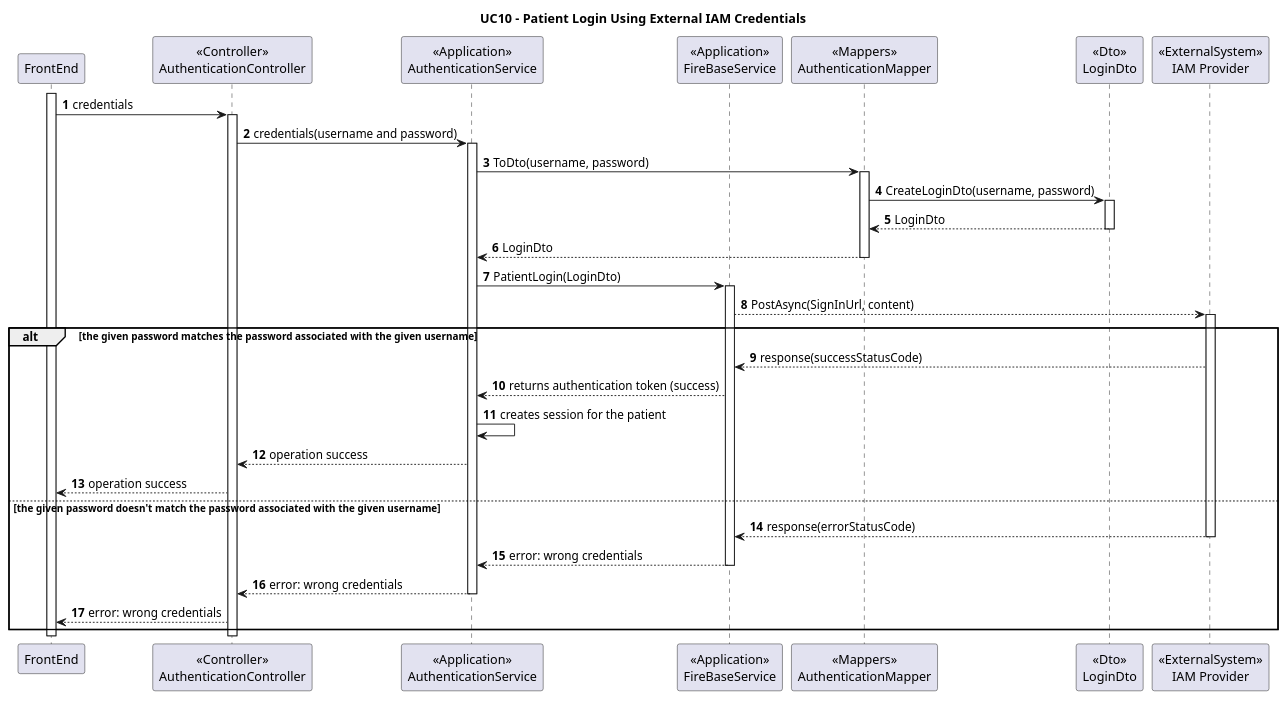
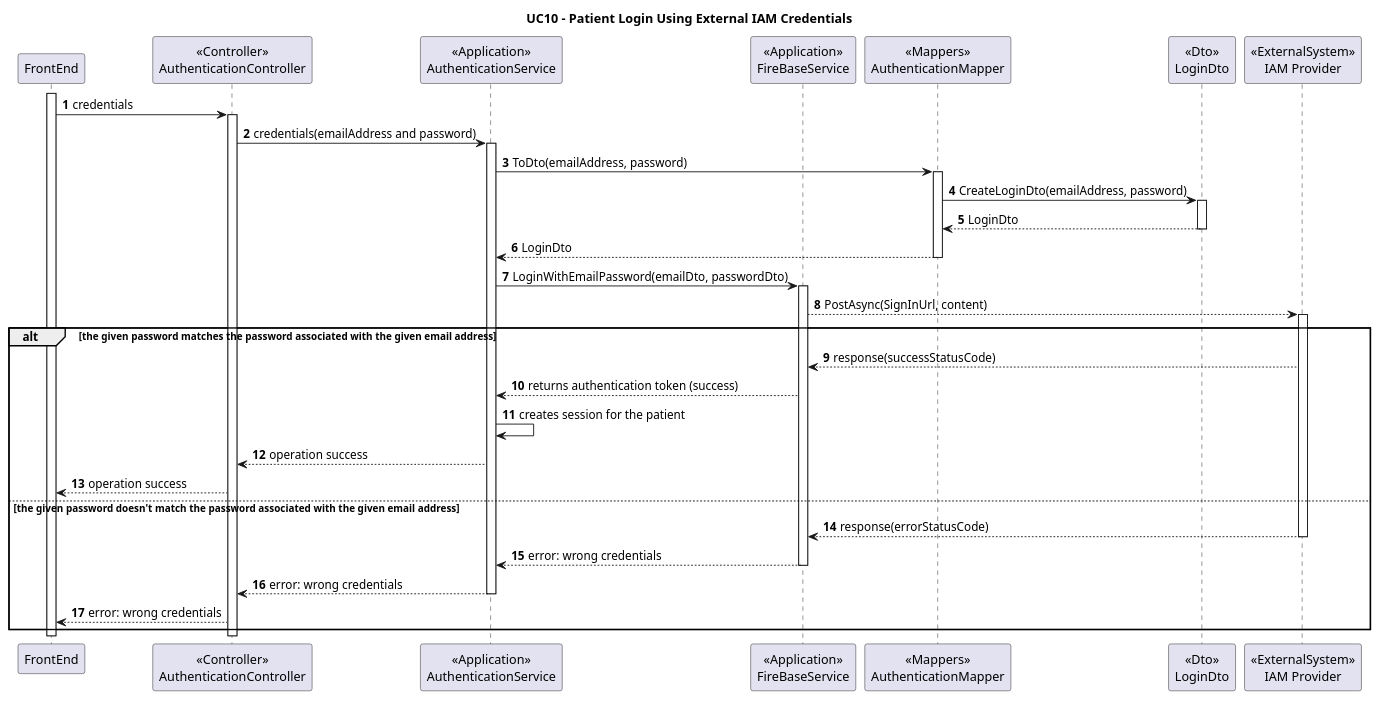
The diagram in Wiki/SprintA/diagrams/use-cases/10-log-in-to-the-system-using-the-IAM-credentials/level3/backend-process-view.puml (MiguelCardoso77/SurgicalSync-BackEnd), drawn with PlantUML before and after one commit. The commit also changed 9 other files, not shown here.

```diff
--- a/Wiki/SprintA/diagrams/use-cases/10-log-in-to-the-system-using-the-IAM-credentials/level3/backend-process-view.puml
+++ b/Wiki/SprintA/diagrams/use-cases/10-log-in-to-the-system-using-the-IAM-credentials/level3/backend-process-view.puml
@@ -1,82 +1,82 @@
 @startuml
 autonumber
 
 Title "UC10 - Patient Login Using External IAM Credentials"
 
 participant "FrontEnd" as FE
 participant "<<Controller>>\nAuthenticationController" as CN
 participant "<<Application>>\nAuthenticationService" as SV
 participant "<<Application>>\nFireBaseService" as FS
 participant "<<Mappers>>\nAuthenticationMapper" as MP
 participant "<<Dto>>\nLoginDto" as G
 participant "<<ExternalSystem>>\nIAM Provider" as IAM
 
 activate FE
 
 FE -> CN : credentials
 
 activate CN
 
-CN -> SV : credentials(username and password)
+CN -> SV : credentials(emailAddress and password)
 
 activate SV
 
-SV -> MP : ToDto(username, password)
+SV -> MP : ToDto(emailAddress, password)
 
 activate MP
 
-MP -> G : CreateLoginDto(username, password)
+MP -> G : CreateLoginDto(emailAddress, password)
 
 activate G
 
 G --> MP : LoginDto
 
 deactivate G
 
 MP --> SV : LoginDto
 
 deactivate MP
 
-SV -> FS : PatientLogin(LoginDto)
+SV -> FS : LoginWithEmailPassword(emailDto, passwordDto)
 
 activate FS
 
 FS --> IAM : PostAsync(SignInUrl, content)
 
-alt the given password matches the password associated with the given username
+alt the given password matches the password associated with the given email address
 
 activate IAM
 
 IAM --> FS : response(successStatusCode)
 
 FS --> SV : returns authentication token (success)
 
 SV -> SV : creates session for the patient
 
 SV --> CN : operation success 
 
 CN --> FE : operation success 
 
-else the given password doesn't match the password associated with the given username
+else the given password doesn't match the password associated with the given email address
 
 IAM --> FS : response(errorStatusCode)
 
 deactivate IAM
 
 FS --> SV : error: wrong credentials
 
 deactivate FS
 
 SV --> CN : error: wrong credentials
 
 deactivate SV
 
 CN --> FE : error: wrong credentials
 
 end 
 
 deactivate CN
 
 deactivate FE
 
 @enduml
```
